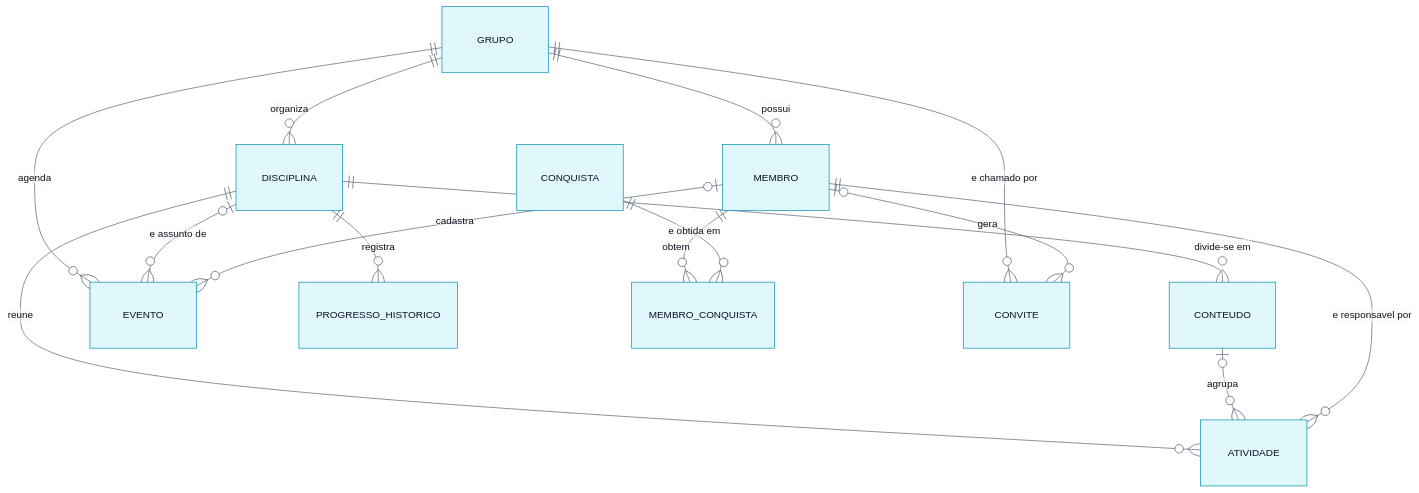
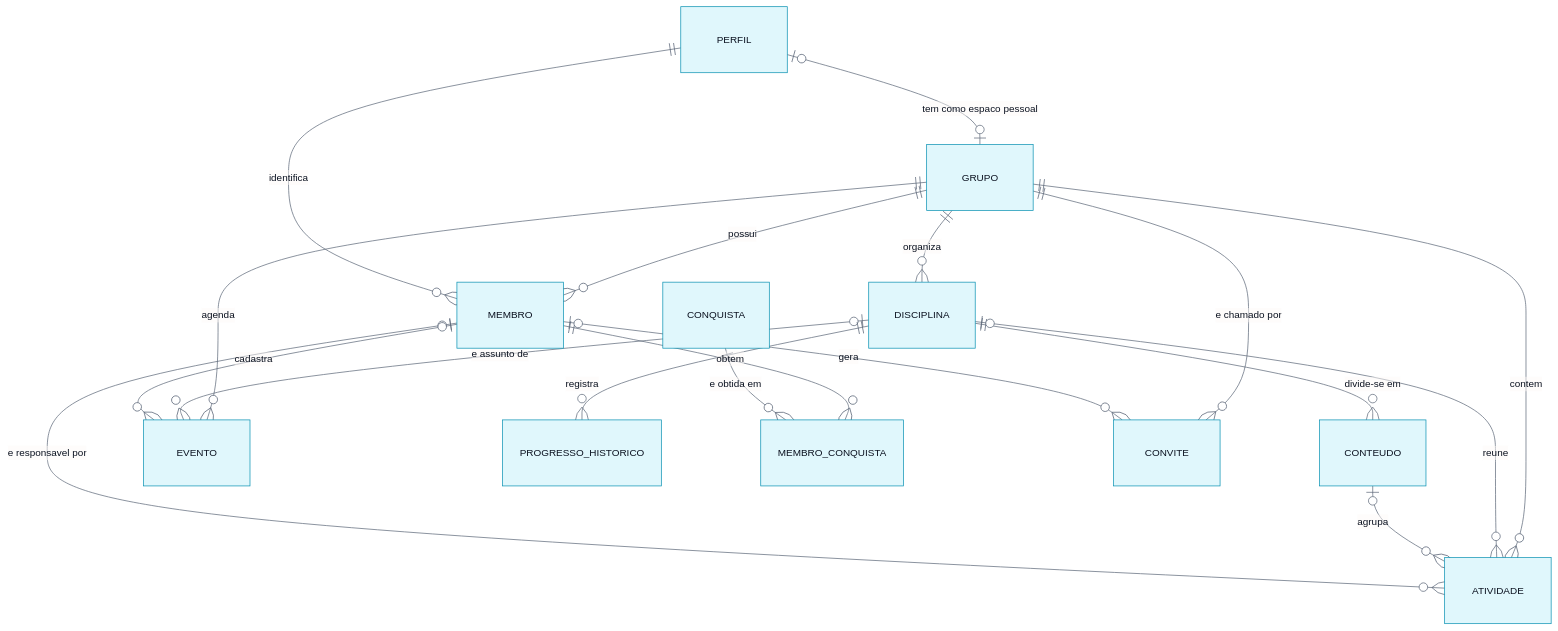
One commit to dedeyfogaca/equipe7-vertice changed the diagram in banco-de-dados/01-modelo-conceitual.md. Above: the diagram before and after it, drawn with Mermaid. The commit also changed other lines of this file and 23 other files, not shown here.

Commit message:
docs: requisitos, regras, casos de uso, diagramas e modelo de dados da revisão de 11/11

````diff
--- a/banco-de-dados/01-modelo-conceitual.md
+++ b/banco-de-dados/01-modelo-conceitual.md
@@ -14,19 +14,22 @@
 ```mermaid
 %%{init: {"theme": "base", "fontFamily": "Space Grotesk", "themeVariables": {"fontFamily": "Space Grotesk, Segoe UI, sans-serif", "fontSize": "14px", "primaryColor": "#E0F7FC", "primaryTextColor": "#0B1220", "primaryBorderColor": "#0891B2", "lineColor": "#5B6678", "attributeBackgroundColorOdd": "#FFFFFF", "attributeBackgroundColorEven": "#F5F7FC", "nodeBorder": "#0891B2", "mainBkg": "#E0F7FC", "textColor": "#0B1220", "titleColor": "#0E7490"}, "er": {"diagramPadding": 24, "entityPadding": 16, "minEntityWidth": 150}}}%%
 erDiagram
     GRUPO ||--o{ MEMBRO : "possui"
+    PERFIL ||--o{ MEMBRO : "identifica"
+    PERFIL |o--o| GRUPO : "tem como espaco pessoal"
     GRUPO ||--o{ DISCIPLINA : "organiza"
     DISCIPLINA ||--o{ CONTEUDO : "divide-se em"
-    DISCIPLINA ||--o{ ATIVIDADE : "reune"
+    GRUPO ||--o{ ATIVIDADE : "contem"
+    DISCIPLINA |o--o{ ATIVIDADE : "reune"
     CONTEUDO |o--o{ ATIVIDADE : "agrupa"
-    MEMBRO ||--o{ ATIVIDADE : "e responsavel por"
+    MEMBRO |o--o{ ATIVIDADE : "e responsavel por"
     GRUPO ||--o{ EVENTO : "agenda"
     DISCIPLINA |o--o{ EVENTO : "e assunto de"
     MEMBRO |o--o{ EVENTO : "cadastra"
     DISCIPLINA ||--o{ PROGRESSO_HISTORICO : "registra"
     MEMBRO ||--o{ MEMBRO_CONQUISTA : "obtem"
     CONQUISTA ||--o{ MEMBRO_CONQUISTA : "e obtida em"
     GRUPO ||--o{ CONVITE : "e chamado por"
     MEMBRO |o--o{ CONVITE : "gera"
 
 ```
````
